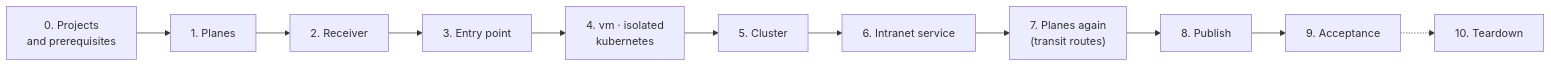
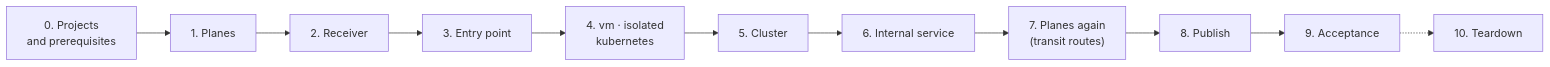
The diagram in docs/reference/test-procedure.md (CyprisTech/openstack-multitenant-reference), drawn with Mermaid before and after one commit. The commit also changed other lines of this file and 75 other files, not shown here.

````diff
--- a/docs/reference/test-procedure.md
+++ b/docs/reference/test-procedure.md
@@ -9,13 +9,13 @@
 ```mermaid
 flowchart LR
     P["0. Projects<br/>and prerequisites"] --> H["1. Planes"]
     H --> C["2. Receiver"]
     C --> E["3. Entry point"]
     E --> T["4. vm · isolated<br/>kubernetes"]
     T --> K["5. Cluster"]
-    K --> I["6. Intranet service"]
+    K --> I["6. Internal service"]
     I --> R["7. Planes again<br/>(transit routes)"]
     R --> PB["8. Publish"]
     PB --> A["9. Acceptance"]
     A -.-> D["10. Teardown"]
 ```
````
